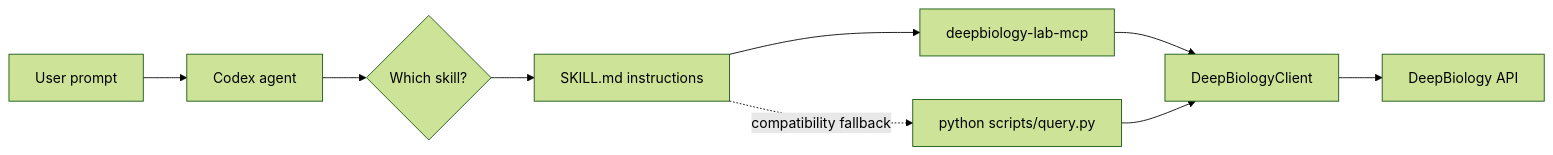
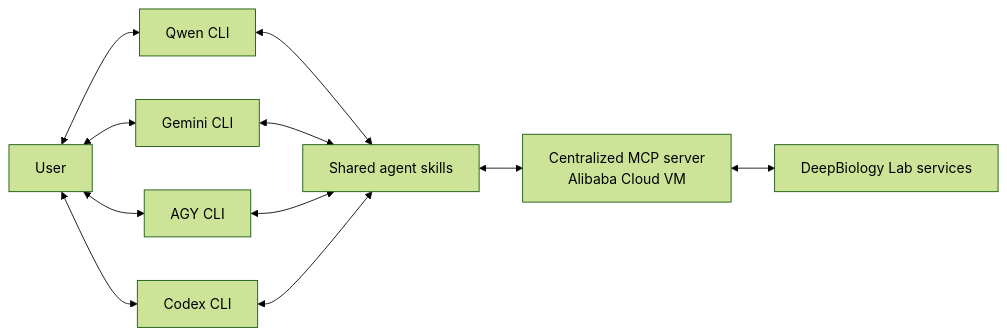
The diagram in README.md (DeepBiology/deepbiology-lab), drawn with Mermaid (forest theme) before and after one commit. The commit also changed other lines of this file and 6 other files, not shown here.

Commit message:
Simplify agent setup and centralize Codex MCP (#6)

````diff
--- a/README.md
+++ b/README.md
@@ -440,11 +140,13 @@
 ```mermaid
 flowchart LR
-    A[User prompt] --> B[Codex agent]
-    B --> C{Which skill?}
-    C --> D[SKILL.md instructions]
-    D --> E[deepbiology-lab-mcp]
-    D -. compatibility fallback .-> H[python scripts/query.py]
-    E --> F[DeepBiologyClient]
-    H --> F
-    F --> G[DeepBiology API]
+    U[User] <--> Q[Qwen CLI]
+    U <--> G[Gemini CLI]
+    U <--> A[AGY CLI]
+    U <--> C[Codex CLI]
+    Q <--> S[Shared agent skills]
+    G <--> S
+    A <--> S
+    C <--> S
+    S <--> M[Centralized MCP server<br/>Alibaba Cloud VM]
+    M <--> D[DeepBiology Lab services]
 ```
````
